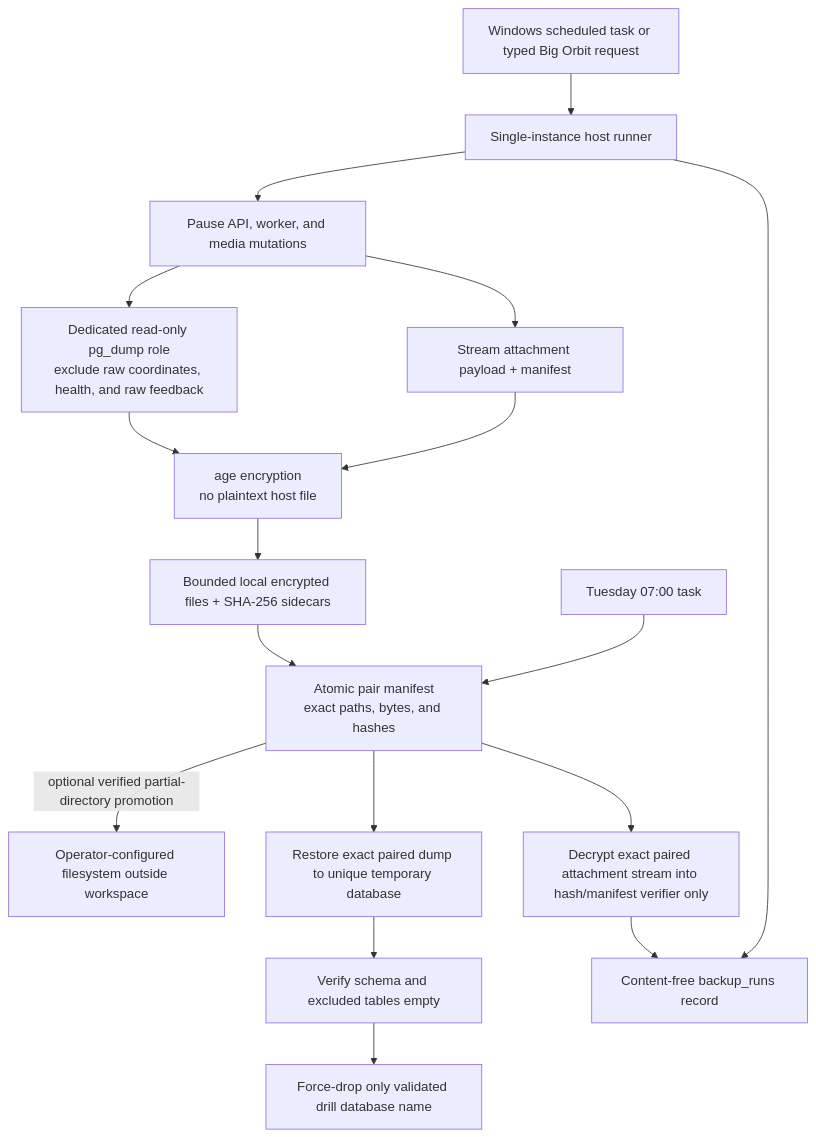
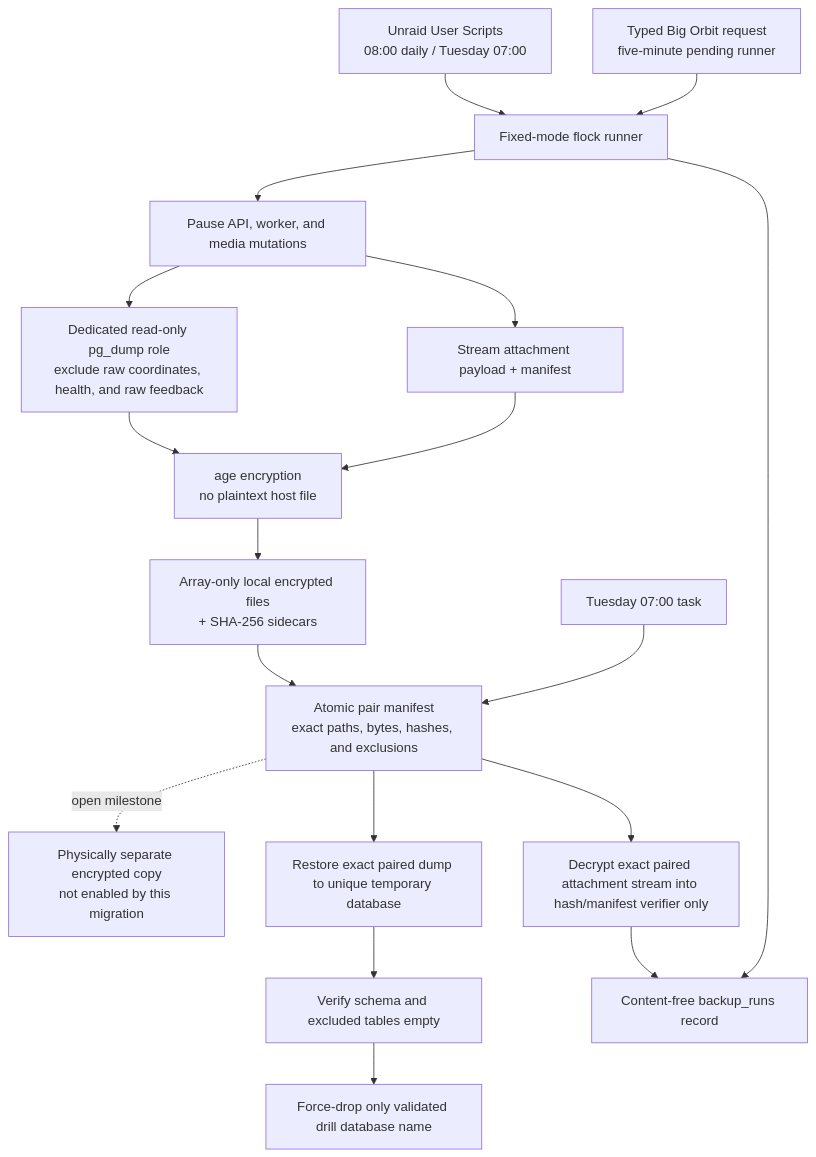
Before and after one commit to Captainpax/littleorbit: diagram 24 of 27 in docs/NETWORK-FLOW.md, drawn with Mermaid. The commit also changed other lines of this file and 136 other files, not shown here.

Commit message:
Complete Unraid migration and operational hardening

````diff
--- a/docs/NETWORK-FLOW.md
+++ b/docs/NETWORK-FLOW.md
@@ -674,19 +743,20 @@
 ```mermaid
 flowchart TD
-    Task[Windows scheduled task or typed Big Orbit request] --> Runner[Single-instance host runner]
+    Timer[Unraid User Scripts<br/>08:00 daily / Tuesday 07:00] --> Runner[Fixed-mode flock runner]
+    Typed[Typed Big Orbit request<br/>five-minute pending runner] --> Runner
     Runner --> Pause[Pause API, worker, and media mutations]
     Pause --> PgDump[Dedicated read-only pg_dump role<br/>exclude raw coordinates, health, and raw feedback]
     Pause --> Attach[Stream attachment payload + manifest]
     PgDump --> Age[age encryption<br/>no plaintext host file]
     Attach --> Age
-    Age --> Local[Bounded local encrypted files + SHA-256 sidecars]
-    Local --> Pair[Atomic pair manifest<br/>exact paths, bytes, and hashes]
-    Pair -->|optional verified partial-directory promotion| OffHost[Operator-configured filesystem outside workspace]
+    Age --> Array[Array-only local encrypted files<br/>+ SHA-256 sidecars]
+    Array --> Pair[Atomic pair manifest<br/>exact paths, bytes, hashes, and exclusions]
+    Pair -. open milestone .-> OffHost[Physically separate encrypted copy<br/>not enabled by this migration]
     Runner --> Evidence[Content-free backup_runs record]
     Tuesday[Tuesday 07:00 task] --> Pair
     Pair --> Temp[Restore exact paired dump to unique temporary database]
     Temp --> VerifyDB[Verify schema and excluded tables empty]
     Pair --> VerifyArchive[Decrypt exact paired attachment stream into hash/manifest verifier only]
     VerifyDB --> Drop[Force-drop only validated drill database name]
     VerifyArchive --> Evidence
 ```
````
